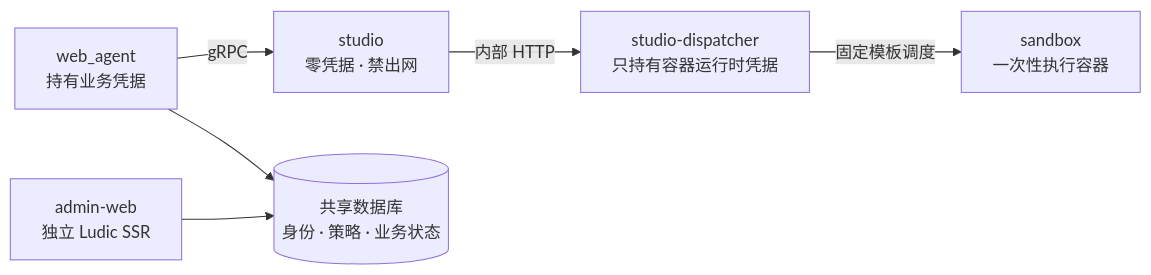
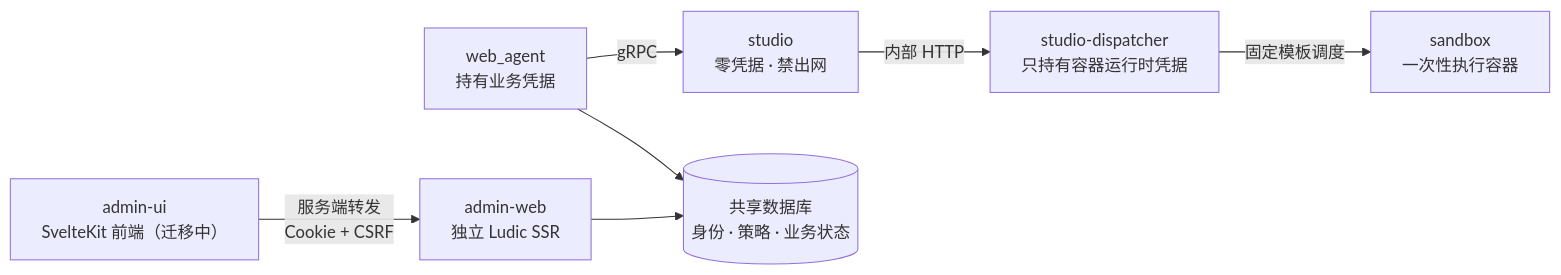
Before and after one commit to langbiantianya/web_agent: the diagram in services/README.md, drawn with Mermaid. The commit also changed other lines of this file and 41 other files, not shown here.

First line of the commit message:
feat(admin): 启动后台前端的 SvelteKit 重构（V4.10）

````diff
--- a/services/README.md
+++ b/services/README.md
@@ -7,15 +7,17 @@
 ```mermaid
 flowchart LR
     WA["web_agent<br/>持有业务凭据"]
     AW["admin-web<br/>独立 Ludic SSR"]
+    AUI["admin-ui<br/>SvelteKit 前端（迁移中）"]
     ST["studio<br/>零凭据 · 禁出网"]
     DP["studio-dispatcher<br/>只持有容器运行时凭据"]
     SB["sandbox<br/>一次性执行容器"]
     DB[("共享数据库<br/>身份 · 策略 · 业务状态")]
 
     WA -->|"gRPC"| ST
     WA --> DB
     AW --> DB
+    AUI -->|"服务端转发<br/>Cookie + CSRF"| AW
     ST -->|"内部 HTTP"| DP
     DP -->|"固定模板调度"| SB
 ```
````
